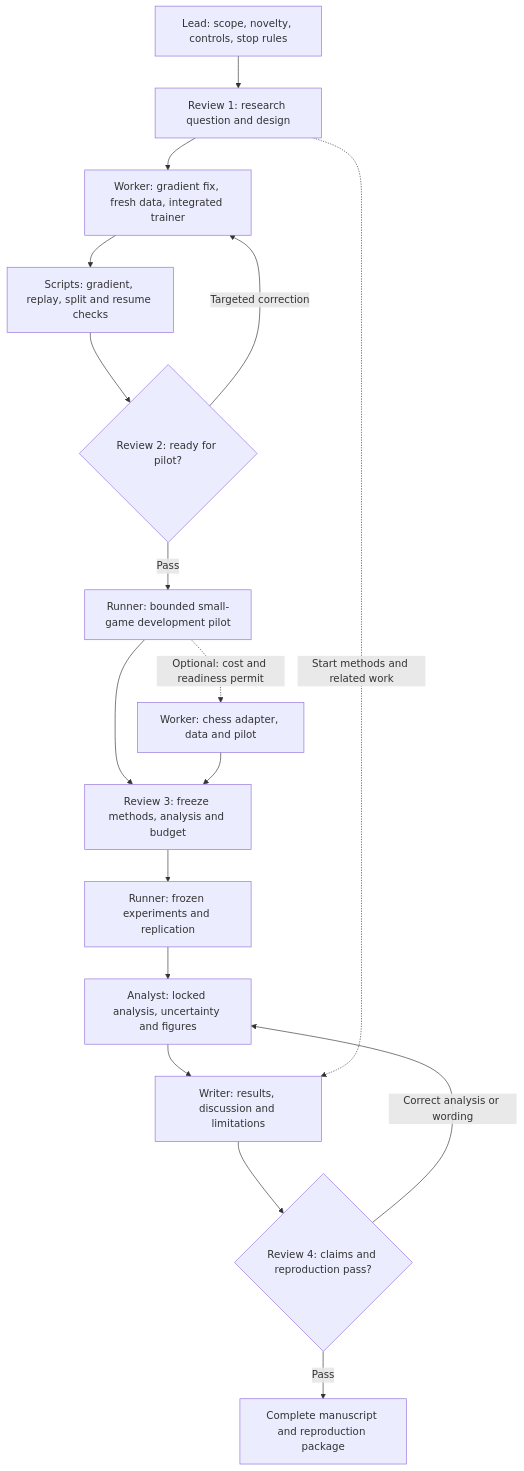
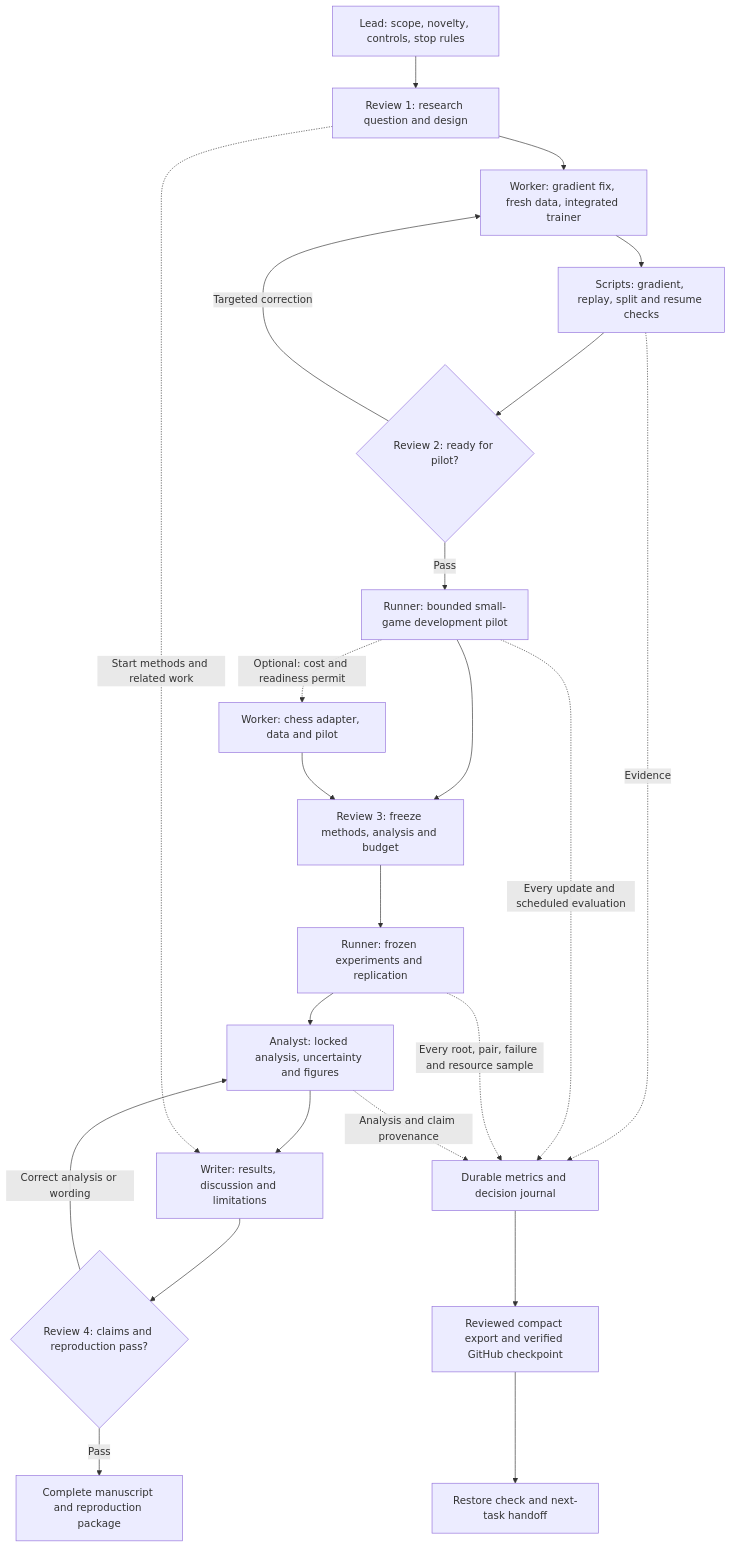
Before and after one commit to dakiemdarktharr/caissa-jepa: the diagram in docs/COUNTERPLAY_AGENTIC_WORKFLOW_2026-10-25.md, drawn with Mermaid. The commit also changed other lines of this file and 11 other files, not shown here.

Commit message:
Add audited research metrics and verified GitHub checkpoint workflow

````diff
--- a/docs/COUNTERPLAY_AGENTIC_WORKFLOW_2026-10-25.md
+++ b/docs/COUNTERPLAY_AGENTIC_WORKFLOW_2026-10-25.md
@@ -30,19 +39,25 @@
 ```mermaid
 flowchart TD
     A["Lead: scope, novelty, controls, stop rules"] --> R1["Review 1: research question and design"]
     R1 --> B["Worker: gradient fix, fresh data, integrated trainer"]
     B --> T["Scripts: gradient, replay, split and resume checks"]
     T --> R2{"Review 2: ready for pilot?"}
     R2 -- "Targeted correction" --> B
     R2 -- "Pass" --> P["Runner: bounded small-game development pilot"]
     P --> R3["Review 3: freeze methods, analysis and budget"]
     P -. "Optional: cost and readiness permit" .-> C["Worker: chess adapter, data and pilot"]
     C --> R3
     R3 --> X["Runner: frozen experiments and replication"]
     X --> Y["Analyst: locked analysis, uncertainty and figures"]
     Y --> W["Writer: results, discussion and limitations"]
     R1 -. "Start methods and related work" .-> W
     W --> R4{"Review 4: claims and reproduction pass?"}
     R4 -- "Correct analysis or wording" --> Y
     R4 -- "Pass" --> Z["Complete manuscript and reproduction package"]
+    T -. "Evidence" .-> L["Durable metrics and decision journal"]
+    P -. "Every update and scheduled evaluation" .-> L
+    X -. "Every root, pair, failure and resource sample" .-> L
+    Y -. "Analysis and claim provenance" .-> L
+    L --> K["Reviewed compact export and verified GitHub checkpoint"]
+    K --> D["Restore check and next-task handoff"]
 ```
````
